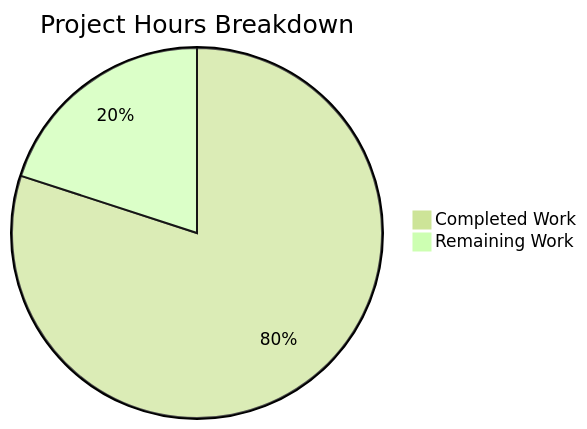
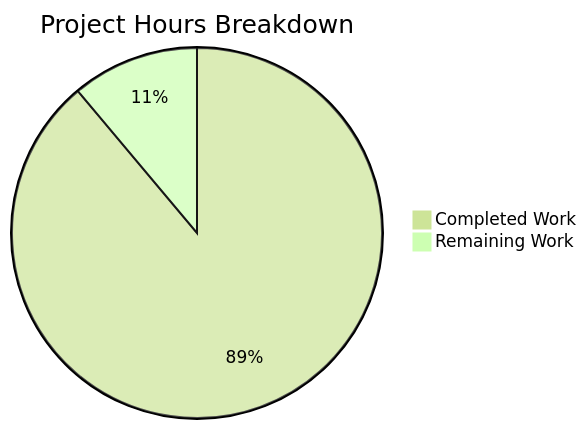
The diagram in blitzy/documentation/Project Guide.md (lakshya-blitzy/hello_world_lakshya_github), drawn with Mermaid (forest theme) before and after one commit. The commit also changed other lines of this file, not shown here.

Commit message:
Adding Blitzy Project Guide: Project Status and Human Tasks Remaining

````diff
--- a/blitzy/documentation/Project Guide.md
+++ b/blitzy/documentation/Project Guide.md
@@ -39,5 +27,5 @@
 ```mermaid
 pie title Project Hours Breakdown
     "Completed Work" : 4
-    "Remaining Work" : 1
+    "Remaining Work" : 0.5
 ```
````
